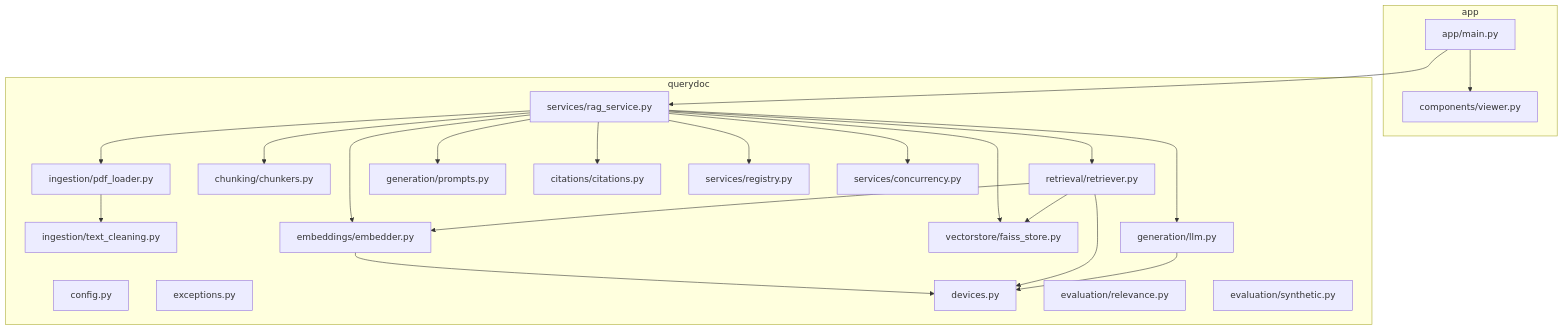
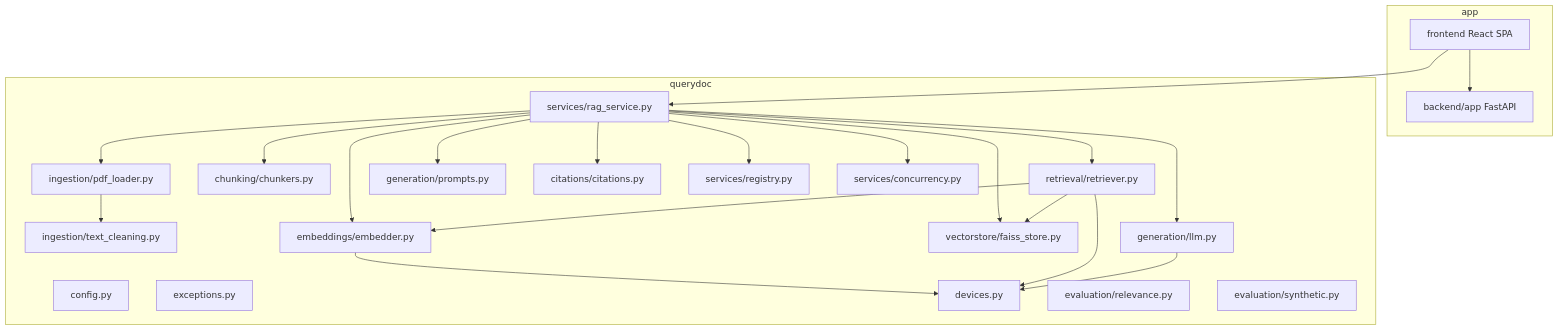
The second of 5 diagrams in docs/PROJECT_COMPLETE_GUIDE.md (SallaguntaRaahul/querydoc-ai), drawn with Mermaid before and after one commit. The commit also changed other lines of this file and 99 other files, not shown here.

````diff
--- a/docs/PROJECT_COMPLETE_GUIDE.md
+++ b/docs/PROJECT_COMPLETE_GUIDE.md
@@ -133,24 +141,24 @@
 ```mermaid
 flowchart TB
     subgraph app
-      MAIN[app/main.py] --> VIEW[components/viewer.py]
+      MAIN[frontend React SPA] --> API[backend/app FastAPI]
     end
     subgraph querydoc
       CFG[config.py] ; EXC[exceptions.py] ; DEV[devices.py]
       PDF[ingestion/pdf_loader.py] --> CLEAN[ingestion/text_cleaning.py]
       CHK[chunking/chunkers.py]
       EMB[embeddings/embedder.py]
       FS[vectorstore/faiss_store.py]
       RT[retrieval/retriever.py]
       PR[generation/prompts.py]
       LLM[generation/llm.py]
       CIT[citations/citations.py]
       SVC[services/rag_service.py] --> REG[services/registry.py]
       SVC --> GATE[services/concurrency.py]
       EVAL[evaluation/relevance.py] ; SYN[evaluation/synthetic.py]
     end
     MAIN --> SVC
     SVC --> PDF & CHK & EMB & FS & RT & PR & LLM & CIT
     RT --> EMB & FS
     EMB & RT & LLM --> DEV
 ```
````
